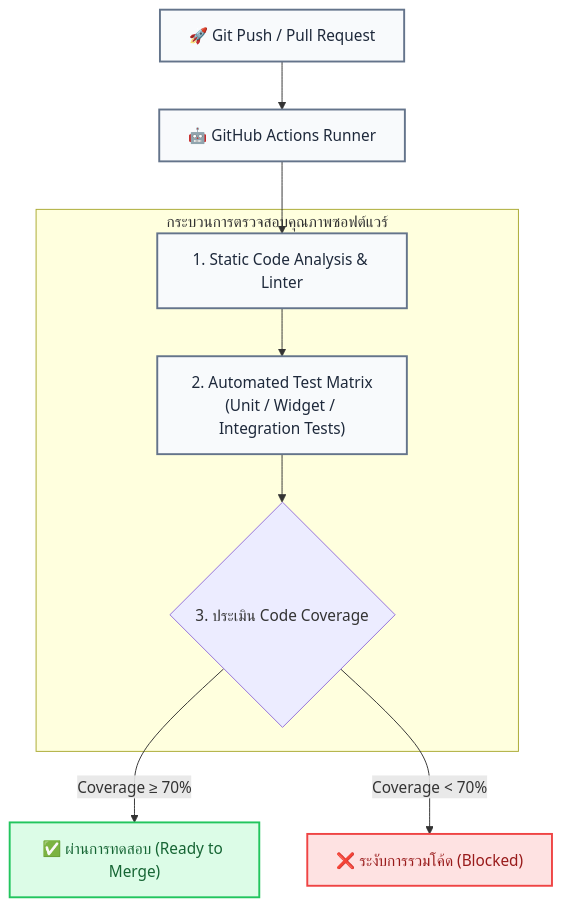
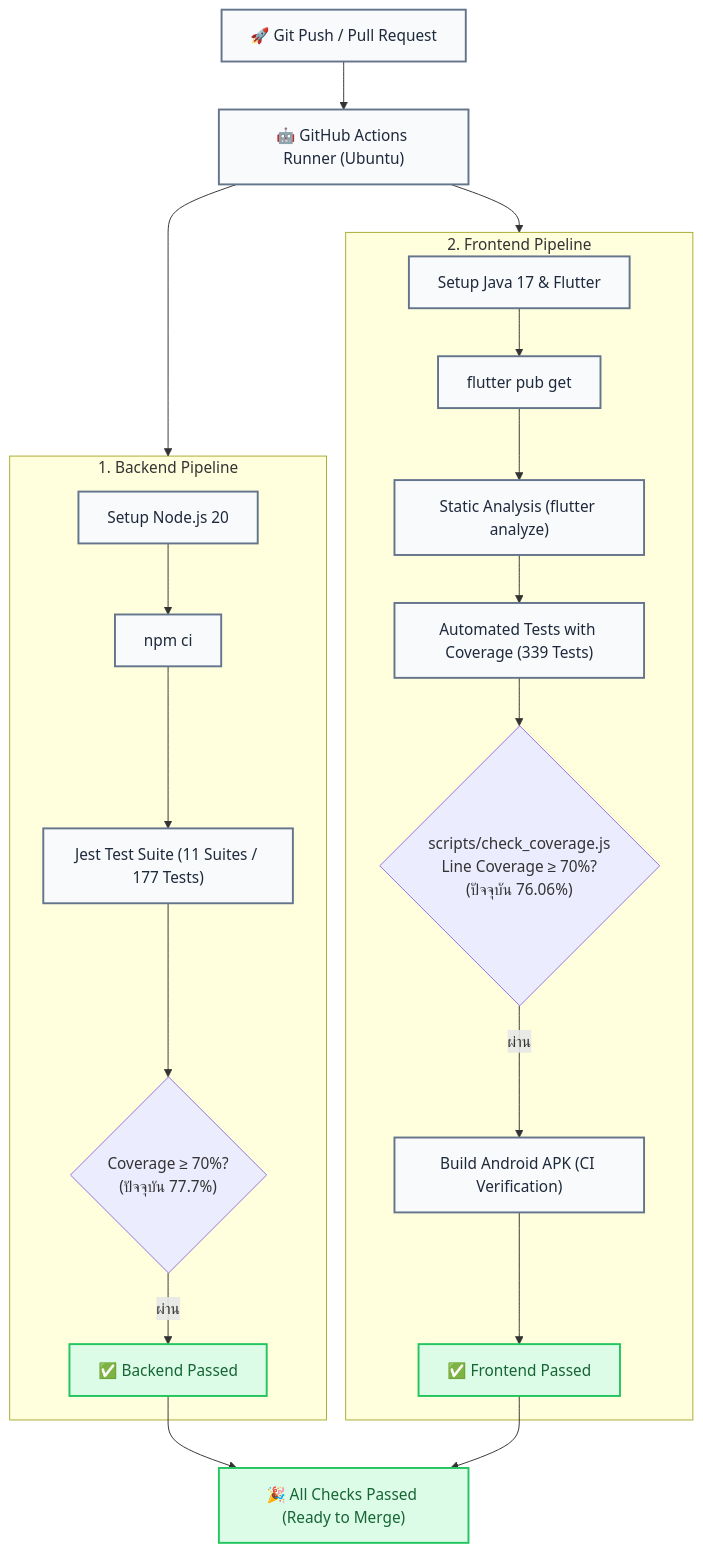
One commit to Tanabordi/FM-EAA changed the fifth of 5 diagrams in README.md. Above: the diagram before and after it, drawn with Mermaid. The commit also changed other lines of this file and 225 other files, not shown here.

````diff
--- a/README.md
+++ b/README.md
@@ -311,25 +401,33 @@
 ```mermaid
 flowchart TD
-    Push["🚀 Git Push / Pull Request"] --> Runner["🤖 GitHub Actions Runner"]
+    Push["🚀 Git Push / Pull Request"] --> Runner["🤖 GitHub Actions Runner (Ubuntu)"]
 
-    subgraph Pipeline ["กระบวนการตรวจสอบคุณภาพซอฟต์แวร์"]
-        Step1["1. Static Code Analysis & Linter"]
-        Step2["2. Automated Test Matrix<br/>(Unit / Widget / Integration Tests)"]
-        Step3{"3. ประเมิน Code Coverage"}
-
-        Step1 --> Step2 --> Step3
+    subgraph BackendJobs ["1. Backend Pipeline"]
+        B1["Setup Node.js 20"] --> B2["npm ci"]
+        B2 --> B3["Jest Test Suite (11 Suites / 177 Tests)"]
+        B3 --> B4{"Coverage ≥ 70%?<br/>(ปัจจุบัน 77.7%)"}
+        B4 -- ผ่าน --> BPass["✅ Backend Passed"]
     end
 
-    Runner --> Step1
+    subgraph FrontendJobs ["2. Frontend Pipeline"]
+        F1["Setup Java 17 & Flutter"] --> F2["flutter pub get"]
+        F2 --> F3["Static Analysis (flutter analyze)"]
+        F3 --> F4["Automated Tests with Coverage (339 Tests)"]
+        F4 --> F5{"scripts/check_coverage.js<br/>Line Coverage ≥ 70%?<br/>(ปัจจุบัน 76.06%)"}
+        F5 -- ผ่าน --> F6["Build Android APK (CI Verification)"]
+        F6 --> FPass["✅ Frontend Passed"]
+    end
 
-    Step3 -- "Coverage ≥ 70%" --> Passed["✅ ผ่านการทดสอบ (Ready to Merge)"]
-    Step3 -- "Coverage < 70%" --> Blocked["❌ ระงับการรวมโค้ด (Blocked)"]
+    Runner --> BackendJobs
+    Runner --> FrontendJobs
+
+    BPass --> MergeReady["🎉 All Checks Passed (Ready to Merge)"]
+    FPass --> MergeReady
 
     classDef pass fill:#dcfce7,stroke:#22c55e,stroke-width:2px,color:#166534;
     classDef fail fill:#fee2e2,stroke:#ef4444,stroke-width:2px,color:#991b1b;
     classDef normal fill:#f8fafc,stroke:#64748b,stroke-width:2px,color:#1e293b;
 
-    class Passed pass;
-    class Blocked fail;
-    class Push,Runner,Step1,Step2 normal;
+    class BPass,FPass,MergeReady pass;
+    class Push,Runner,B1,B2,B3,F1,F2,F3,F4,F6 normal;
 ```
````
